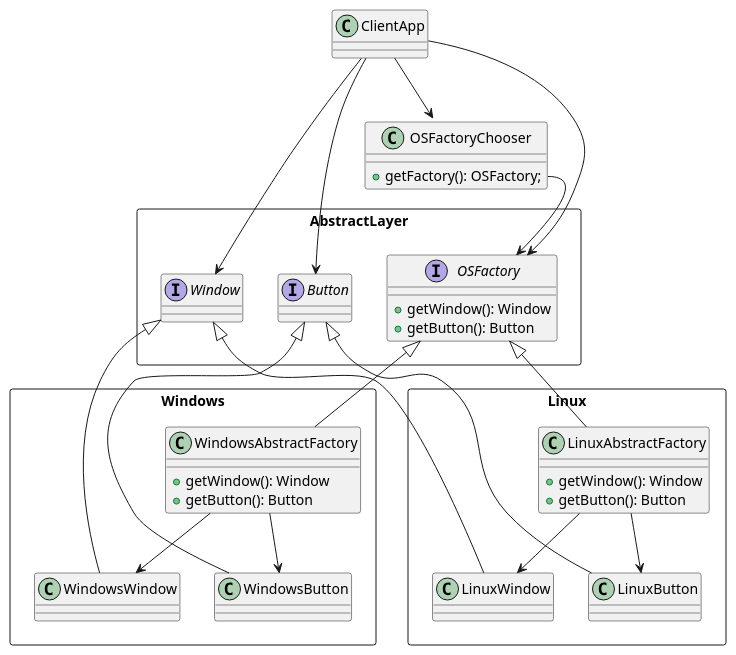
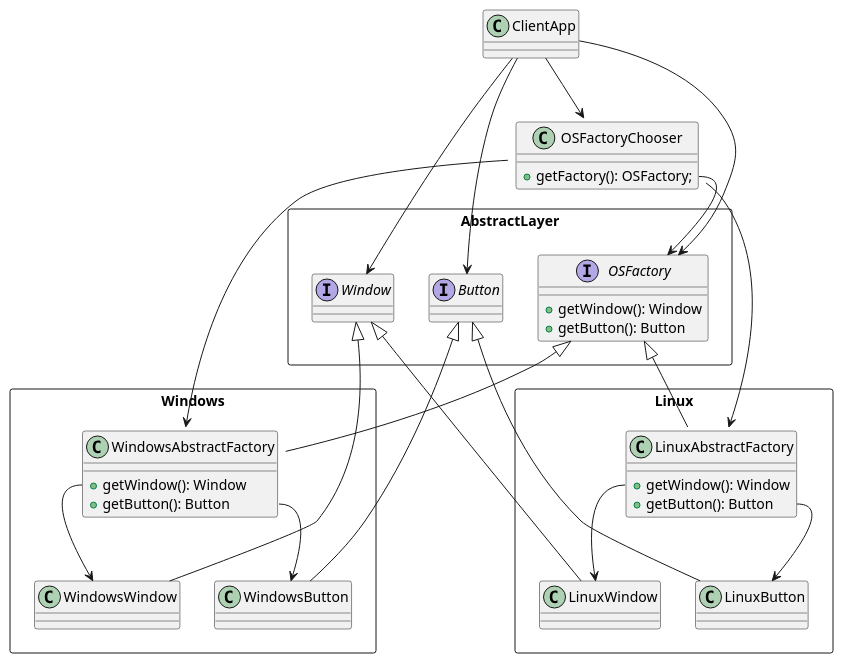
The diagram in GoF/creational/02-abstract-factory/doc/abstract-factory.puml (awesome-enterprise/typescript-patterns), drawn with PlantUML before and after one commit. The commit also changed 9 other files, not shown here.

```diff
--- a/GoF/creational/02-abstract-factory/doc/abstract-factory.puml
+++ b/GoF/creational/02-abstract-factory/doc/abstract-factory.puml
@@ -1,67 +1,68 @@
 @startuml
 
 class OSFactoryChooser {
 +getFactory(): OSFactory;
 }
 
 package AbstractLayer <<Rectangle>> {
   together {
     interface  Window
     interface Button
   }
 
   together {
       interface OSFactory {
         +getWindow(): Window
         +getButton(): Button
       }
   }
 }
 
 package Windows <<Rectangle>> {
   class WindowsAbstractFactory {
     +getWindow(): Window
     +getButton(): Button
   }
   together {
     class WindowsWindow
     class WindowsButton
   }
 }
 
 package Linux <<Rectangle>> {
   class LinuxAbstractFactory {
     +getWindow(): Window
     +getButton(): Button
   }
   together {
     class LinuxWindow
     class LinuxButton
   }
 }
 
 
 class ClientApp
 
 ClientApp --> OSFactoryChooser
 ClientApp --> OSFactory
 ClientApp --> Window
 ClientApp --> Button
 
 Window ^-- WindowsWindow
 Window ^-- LinuxWindow
 
 Button ^-- WindowsButton
 Button ^-- LinuxButton
 
 OSFactory ^-- WindowsAbstractFactory
 OSFactory ^-- LinuxAbstractFactory
 
 OSFactoryChooser::getFactory --> OSFactory
+OSFactoryChooser --> LinuxAbstractFactory
+OSFactoryChooser --> WindowsAbstractFactory
 
-
-LinuxAbstractFactory --> LinuxButton
-LinuxAbstractFactory --> LinuxWindow
-WindowsAbstractFactory --> WindowsButton
-WindowsAbstractFactory --> WindowsWindow
+LinuxAbstractFactory::getButton --> LinuxButton
+LinuxAbstractFactory::getWindow --> LinuxWindow
+WindowsAbstractFactory::getButton --> WindowsButton
+WindowsAbstractFactory::getWindow --> WindowsWindow
 @enduml
```
